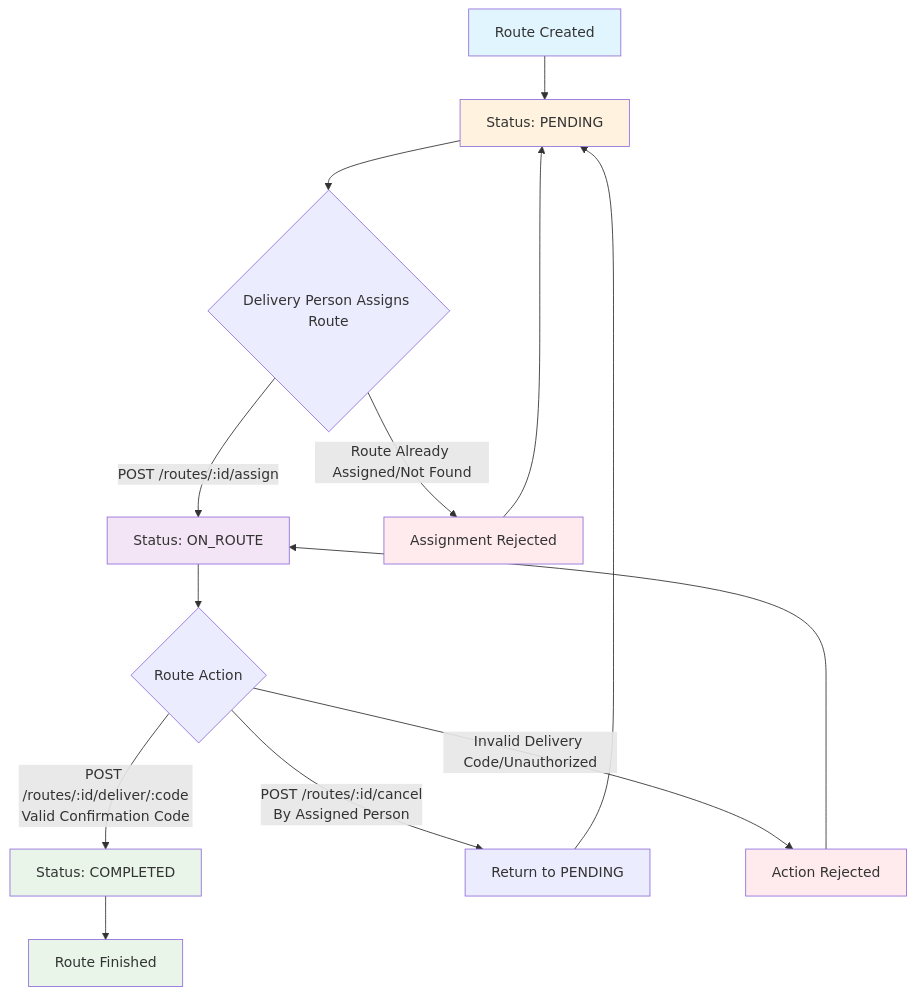
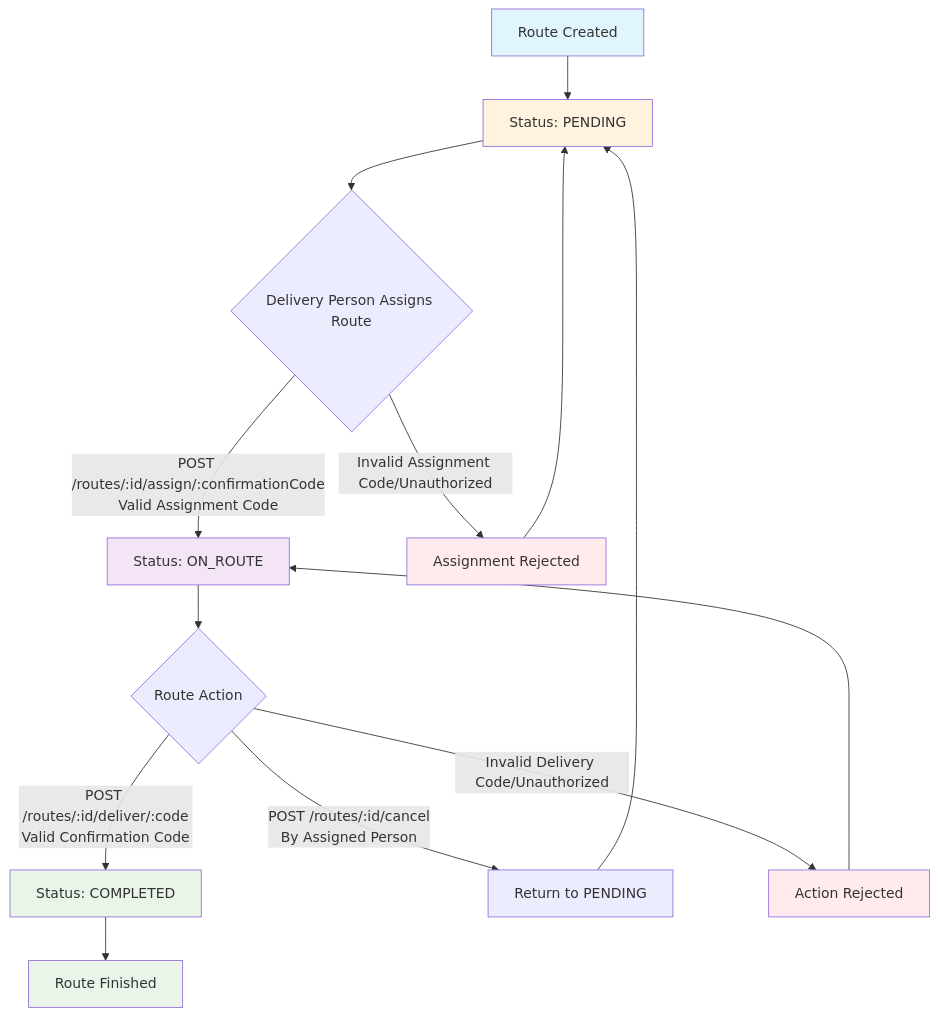
One commit to carlos-illobre/desarrollo-de-aplicaciones-i-backend changed the first of 6 diagrams in Route_Lifecycle_Flow.md. Above: the diagram before and after it, drawn with Mermaid. The commit also changed other lines of this file and 5 other files, not shown here.

Commit message:
Added confirmation code to assignment api

````diff
--- a/Route_Lifecycle_Flow.md
+++ b/Route_Lifecycle_Flow.md
@@ -5,28 +5,28 @@
 ```mermaid
 flowchart TD
     A[Route Created] --> B[Status: PENDING]
     B --> C{Delivery Person Assigns Route}
 
-    C -->|POST /routes/:id/assign| D[Status: ON_ROUTE]
-    C -->|Route Already Assigned/Not Found| E[Assignment Rejected]
+    C -->|POST /routes/:id/assign/:confirmationCode<br/>Valid Assignment Code| D[Status: ON_ROUTE]
+    C -->|Invalid Assignment Code/Unauthorized| E[Assignment Rejected]
     E --> B
 
     D --> F{Route Action}
 
     F -->|POST /routes/:id/deliver/:code<br/>Valid Confirmation Code| G[Status: COMPLETED]
     F -->|POST /routes/:id/cancel<br/>By Assigned Person| H[Return to PENDING]
     F -->|Invalid Delivery Code/Unauthorized| I[Action Rejected]
 
     H --> B
     I --> D
     G --> J[Route Finished]
 
     %% Styling
     style A fill:#e1f5fe
     style B fill:#fff3e0
     style D fill:#f3e5f5
     style G fill:#e8f5e8
     style J fill:#e8f5e8
     style E fill:#ffebee
     style I fill:#ffebee
 ```
````
